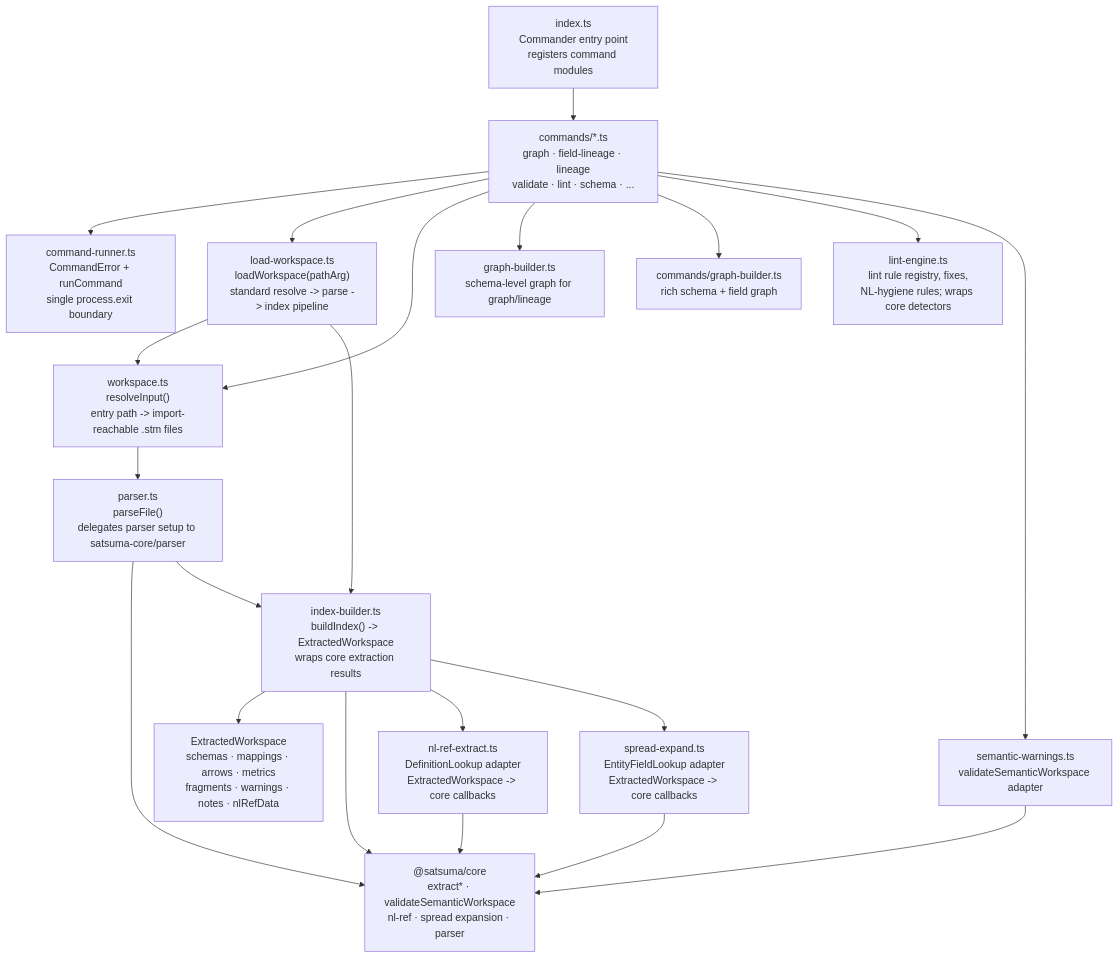
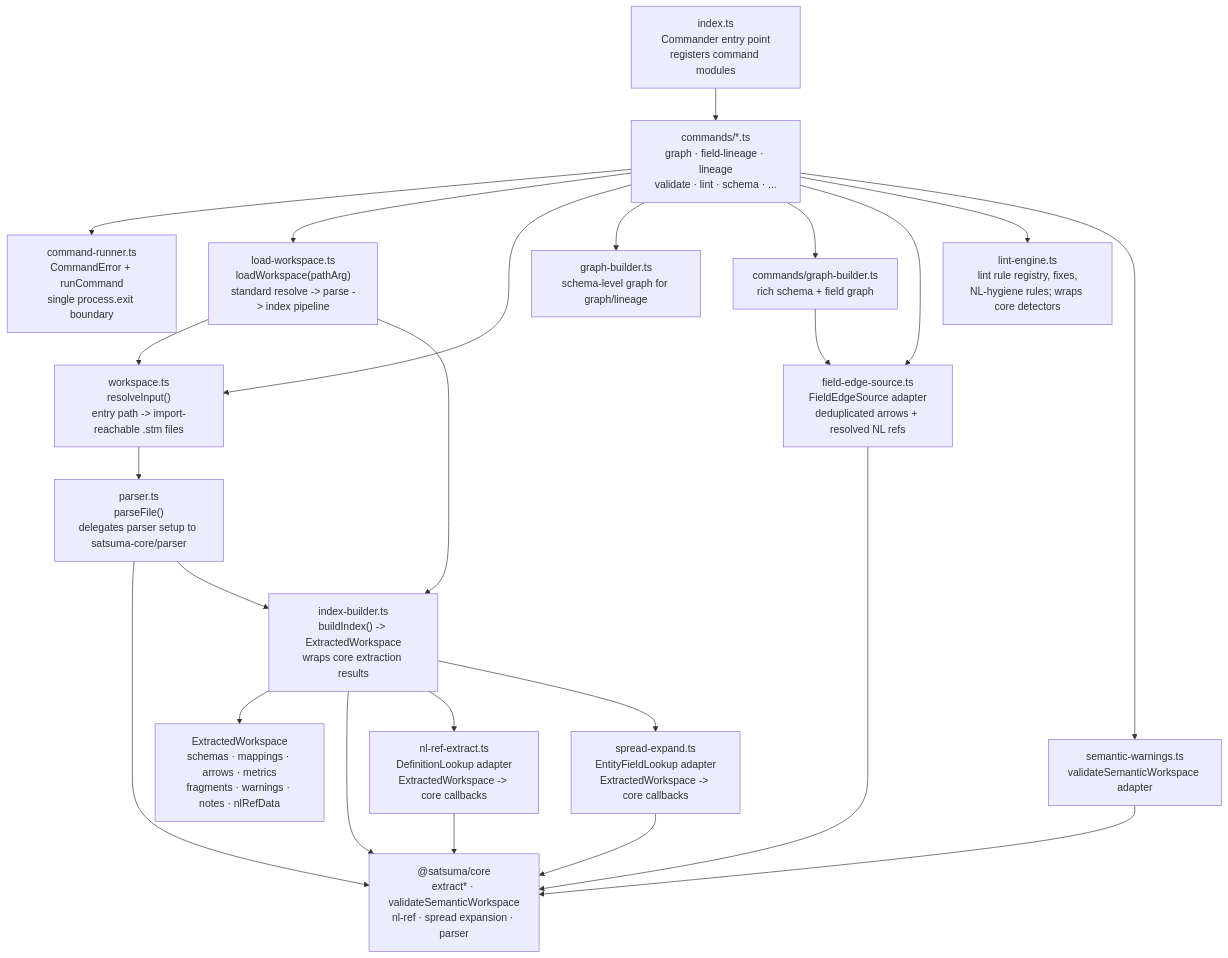
One commit to EqualExperts/satsuma-lang changed the fourth of 6 diagrams in docs/developer/ARCHITECTURE.md. Above: the diagram before and after it, drawn with Mermaid. The commit also changed other lines of this file and 8 other files, not shown here.

Commit message:
refactor(core): share field lineage traversal (sl-prlp)

````diff
--- a/docs/developer/ARCHITECTURE.md
+++ b/docs/developer/ARCHITECTURE.md
@@ -204,40 +209,44 @@
 ```mermaid
 flowchart TD
   entry["index.ts<br/>Commander entry point<br/>registers command modules"]
   runner["command-runner.ts<br/>CommandError + runCommand<br/>single process.exit boundary"]
   commands["commands/*.ts<br/>graph · field-lineage · lineage<br/>validate · lint · schema · ..."]
 
   workspace["workspace.ts<br/>resolveInput()<br/>entry path -> import-reachable .stm files"]
   parser["parser.ts<br/>parseFile()<br/>delegates parser setup to satsuma-core/parser"]
   loader["load-workspace.ts<br/>loadWorkspace(pathArg)<br/>standard resolve -> parse -> index pipeline"]
 
   indexBuilder["index-builder.ts<br/>buildIndex() -> ExtractedWorkspace<br/>wraps core extraction results"]
   extracted["ExtractedWorkspace<br/>schemas · mappings · arrows · metrics<br/>fragments · warnings · notes · nlRefData"]
 
   nlBridge["nl-ref-extract.ts<br/>DefinitionLookup adapter<br/>ExtractedWorkspace -> core callbacks"]
   spreadBridge["spread-expand.ts<br/>EntityFieldLookup adapter<br/>ExtractedWorkspace -> core callbacks"]
+  fieldEdgeBridge["field-edge-source.ts<br/>FieldEdgeSource adapter<br/>deduplicated arrows + resolved NL refs"]
   graphBuilder["graph-builder.ts<br/>schema-level graph for graph/lineage"]
   graphCommandBuilder["commands/graph-builder.ts<br/>rich schema + field graph"]
   lintEngine["lint-engine.ts<br/>lint rule registry, fixes,<br/>NL-hygiene rules; wraps core detectors"]
   semanticWarnings["semantic-warnings.ts<br/>validateSemanticWorkspace adapter"]
 
   core["@satsuma/core<br/>extract* · validateSemanticWorkspace<br/>nl-ref · spread expansion · parser"]
 
   entry --> commands
   commands --> runner
   commands --> loader
   commands --> workspace
   commands --> graphBuilder
   commands --> graphCommandBuilder
+  commands --> fieldEdgeBridge
   commands --> lintEngine
   commands --> semanticWarnings
   loader --> workspace --> parser --> core
   loader --> indexBuilder --> extracted
   parser --> indexBuilder
   indexBuilder --> core
   indexBuilder --> nlBridge
   indexBuilder --> spreadBridge
+  graphCommandBuilder --> fieldEdgeBridge
   nlBridge --> core
   spreadBridge --> core
+  fieldEdgeBridge --> core
   semanticWarnings --> core
 ```
````
